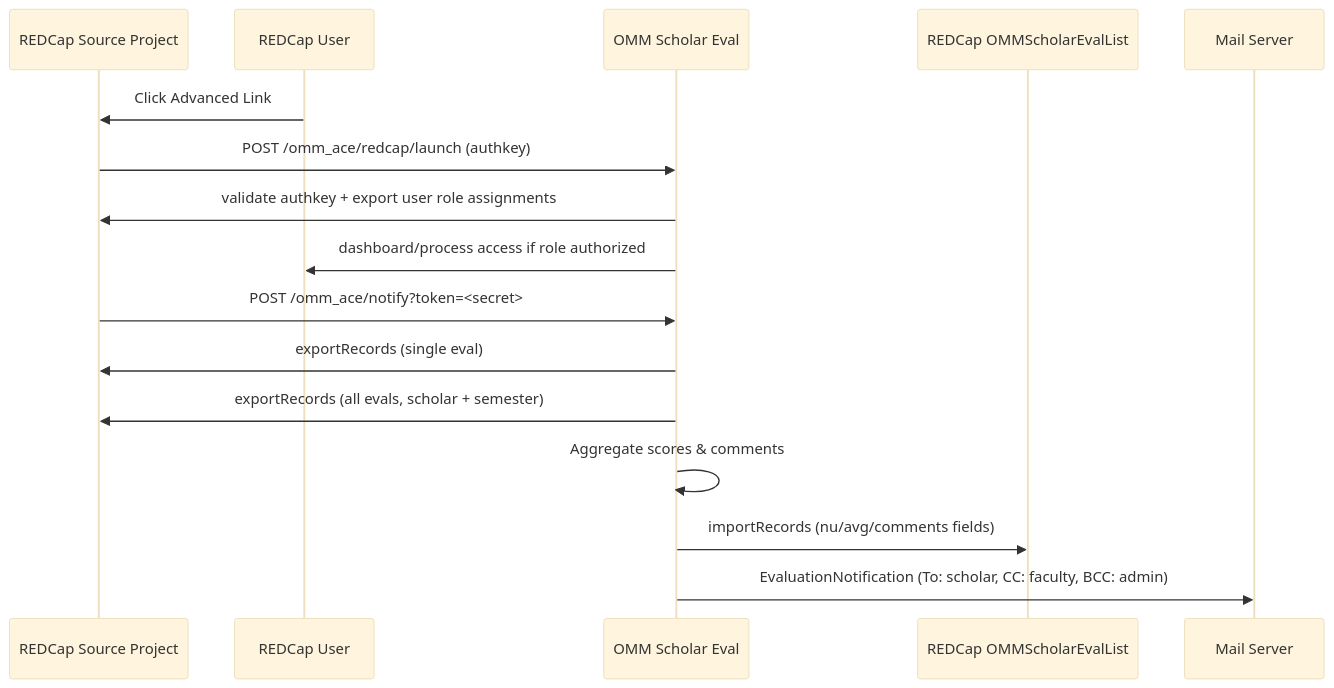
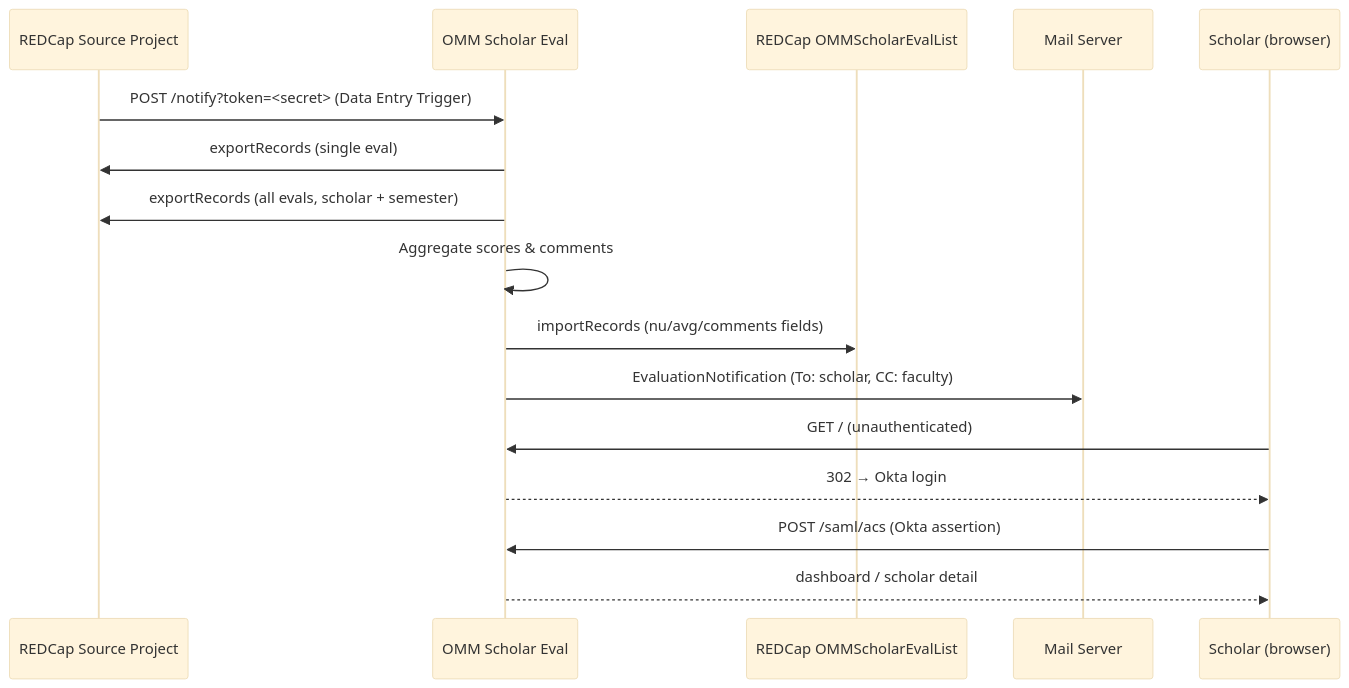
The diagram in README.md (com-atg/OMM-SE), drawn with Mermaid (base theme) before and after one commit. The commit also changed other lines of this file and 22 other files, not shown here.

First line of the commit message:
Add process command, schema updates, and scholar detail enhancements

````diff
--- a/README.md
+++ b/README.md
@@ -9,19 +9,20 @@
 ```mermaid
 sequenceDiagram
     participant RC as REDCap Source Project
-    participant User as REDCap User
     participant App as OMM Scholar Eval
     participant Dest as REDCap OMMScholarEvalList
     participant Mail as Mail Server
+    participant Scholar as Scholar (browser)
 
-    User->>RC: Click Advanced Link
-    RC->>App: POST /omm_ace/redcap/launch (authkey)
-    App->>RC: validate authkey + export user role assignments
-    App->>User: dashboard/process access if role authorized
-    RC->>App: POST /omm_ace/notify?token=<secret>
+    RC->>App: POST /notify?token=<secret> (Data Entry Trigger)
     App->>RC: exportRecords (single eval)
     App->>RC: exportRecords (all evals, scholar + semester)
     App->>App: Aggregate scores & comments
     App->>Dest: importRecords (nu/avg/comments fields)
-    App->>Mail: EvaluationNotification (To: scholar, CC: faculty, BCC: admin)
+    App->>Mail: EvaluationNotification (To: scholar, CC: faculty)
+
+    Scholar->>App: GET / (unauthenticated)
+    App-->>Scholar: 302 → Okta login
+    Scholar->>App: POST /saml/acs (Okta assertion)
+    App-->>Scholar: dashboard / scholar detail
 ```
````
